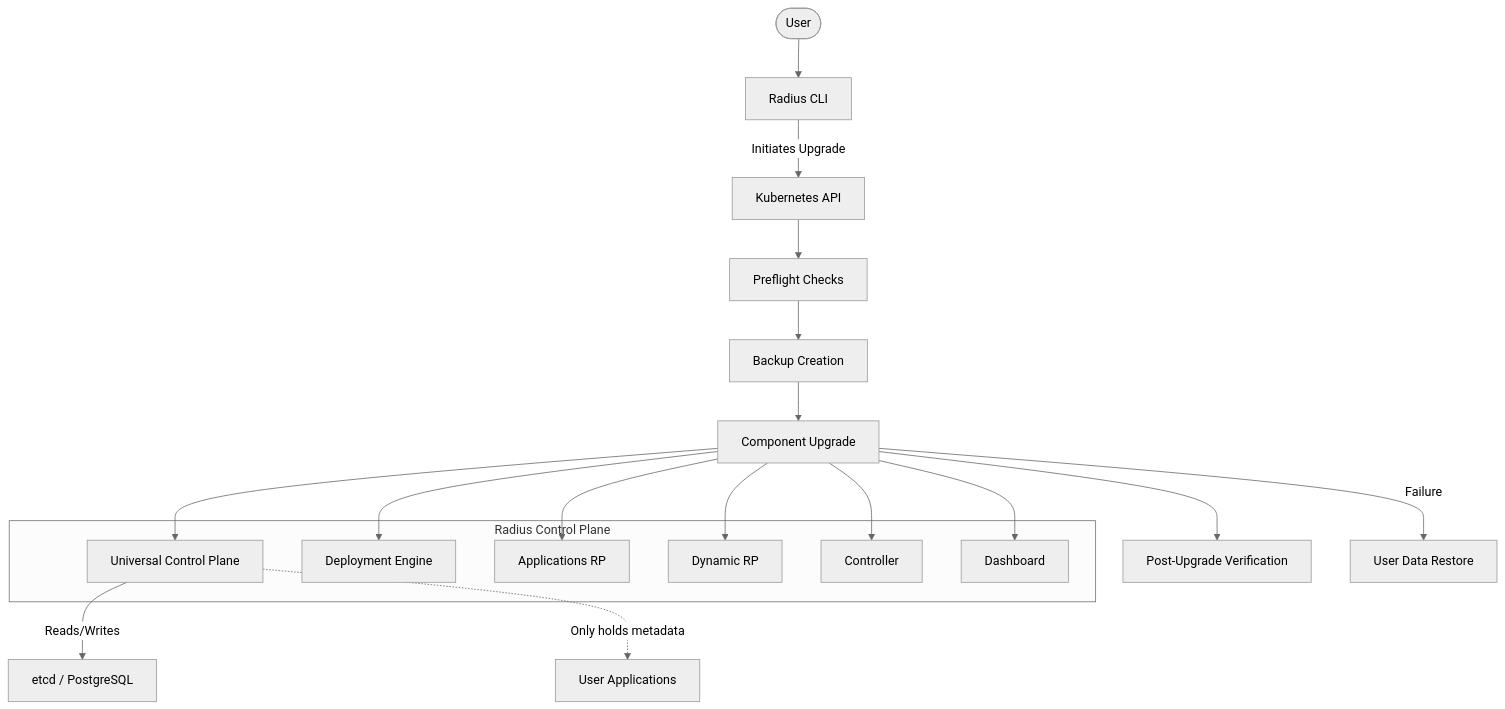
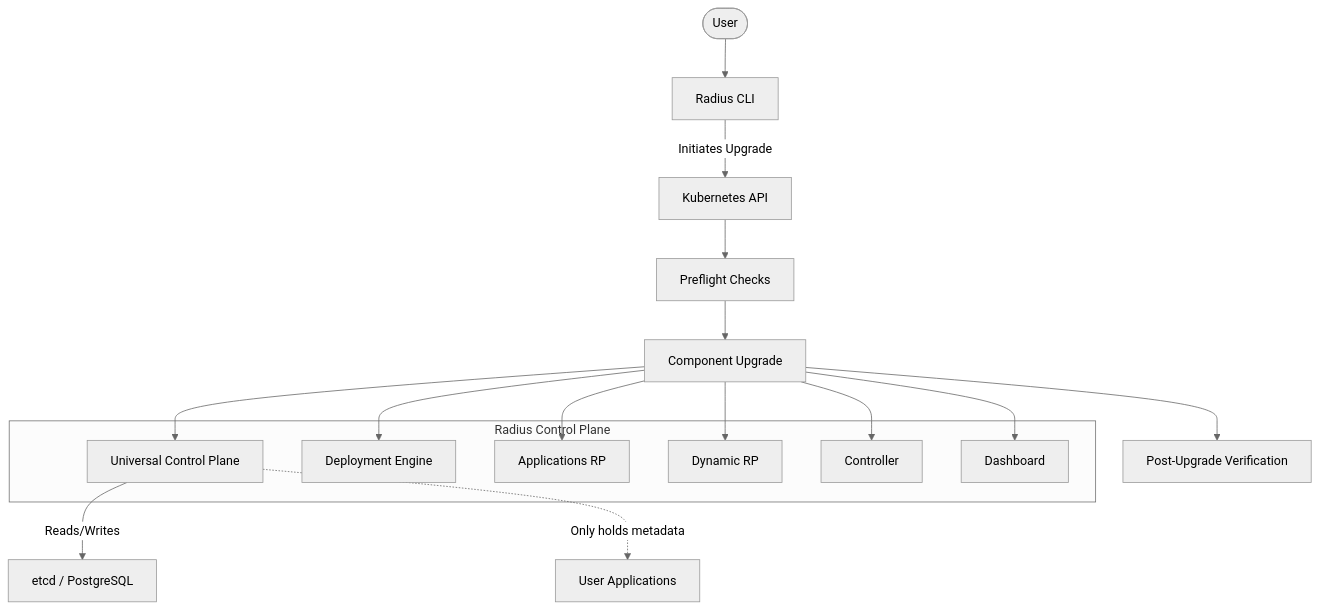
Before and after one commit to radius-project/design-notes: the second of 3 diagrams in architecture/2025-03-upgrade-design-doc.md, drawn with Mermaid (neutral theme). The commit also changed other lines of this file, not shown here.

````diff
--- a/architecture/2025-03-upgrade-design-doc.md
+++ b/architecture/2025-03-upgrade-design-doc.md
@@ -295,30 +283,28 @@
 ```mermaid
 graph TD
     User([User]) --> CLI["Radius CLI"]
     CLI -->|"Initiates Upgrade"| K8sAPI["Kubernetes API"]
 
     K8sAPI --> PreflightChecks["Preflight Checks"]
-    PreflightChecks --> UserDataBackup["Backup Creation"]
-    UserDataBackup --> ComponentUpgrade["Component Upgrade"]
+    PreflightChecks --> ComponentUpgrade["Component Upgrade"]
     ComponentUpgrade --> PostUpgradeVerify["Post-Upgrade Verification"]
-    ComponentUpgrade -- "Failure" --> UserDataRestore["User Data Restore"]
 
     subgraph "Radius Control Plane"
         UCP["Universal Control Plane"]
         DE["Deployment Engine"]
         ARP["Applications RP"]
         DynamicRP["Dynamic RP"]
         Controller["Controller"]
         Dashboard["Dashboard"]
     end
 
     ComponentUpgrade --> UCP
     ComponentUpgrade --> DE
     ComponentUpgrade --> ARP
     ComponentUpgrade --> DynamicRP
     ComponentUpgrade --> Controller
     ComponentUpgrade --> Dashboard
 
     UCP -->|"Reads/Writes"| Database["etcd / PostgreSQL"]
     UCP -.->|"Only holds metadata"| UserApps["User Applications"]
 ```
````
